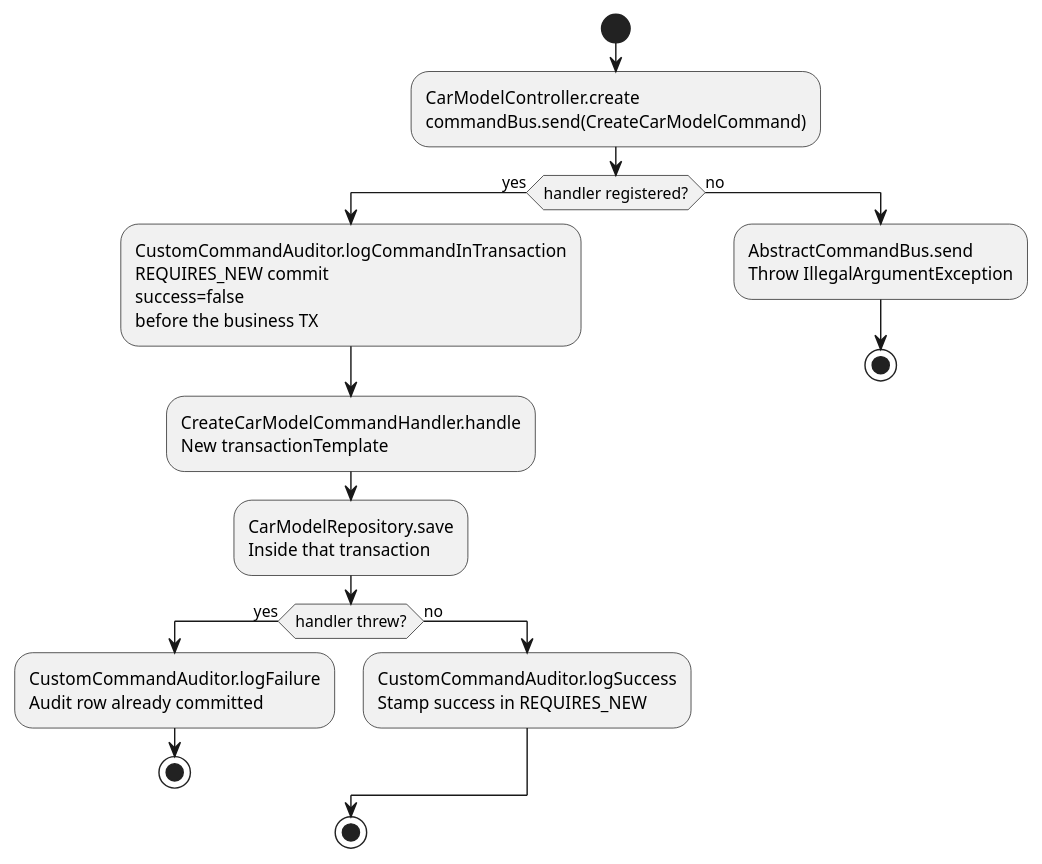
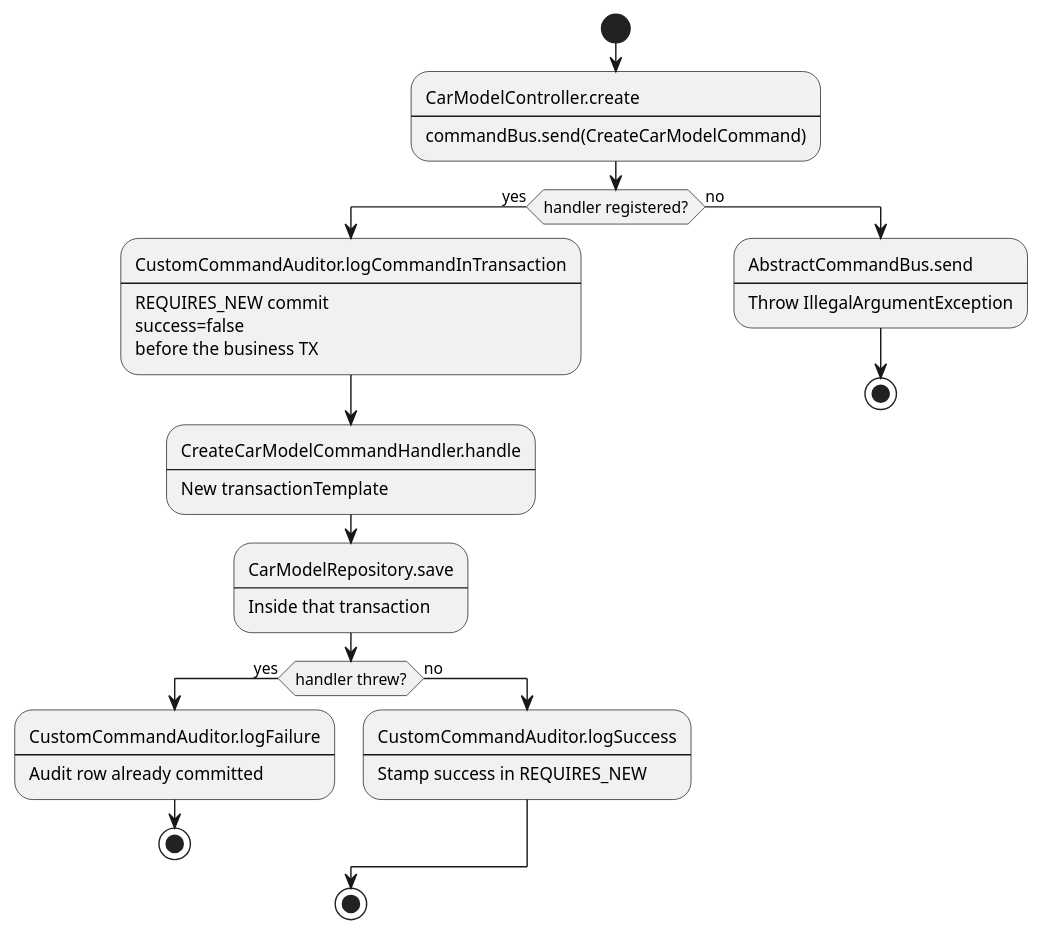
One commit to machingclee/my-skills changed the third of 3 diagrams in tool--plantuml-activity-tree/examples.md. Above: the diagram before and after it, drawn with PlantUML. The commit also changed other lines of this file and 1 other file, not shown here.

Commit message:
update skills

````diff
--- a/tool--plantuml-activity-tree/examples.md
+++ b/tool--plantuml-activity-tree/examples.md
@@ -75,30 +84,37 @@
 ```plantuml
 @startuml
 start
 :CarModelController.create
+----
 commandBus.send(CreateCarModelCommand);
 if (handler registered?) then (yes)
   :CustomCommandAuditor.logCommandInTransaction
-  REQUIRES_NEW commit
-  success=false
-  before the business TX;
+----
+REQUIRES_NEW commit
+success=false
+before the business TX;
   :CreateCarModelCommandHandler.handle
-  New transactionTemplate;
+----
+New transactionTemplate;
   :CarModelRepository.save
-  Inside that transaction;
+----
+Inside that transaction;
   if (handler threw?) then (yes)
     :CustomCommandAuditor.logFailure
-    Audit row already committed;
+----
+Audit row already committed;
     stop
   else (no)
     :CustomCommandAuditor.logSuccess
-    Stamp success in REQUIRES_NEW;
+----
+Stamp success in REQUIRES_NEW;
   endif
   stop
 else (no)
   :AbstractCommandBus.send
-  Throw IllegalArgumentException;
+----
+Throw IllegalArgumentException;
   stop
 endif
 @enduml
 ```
````
